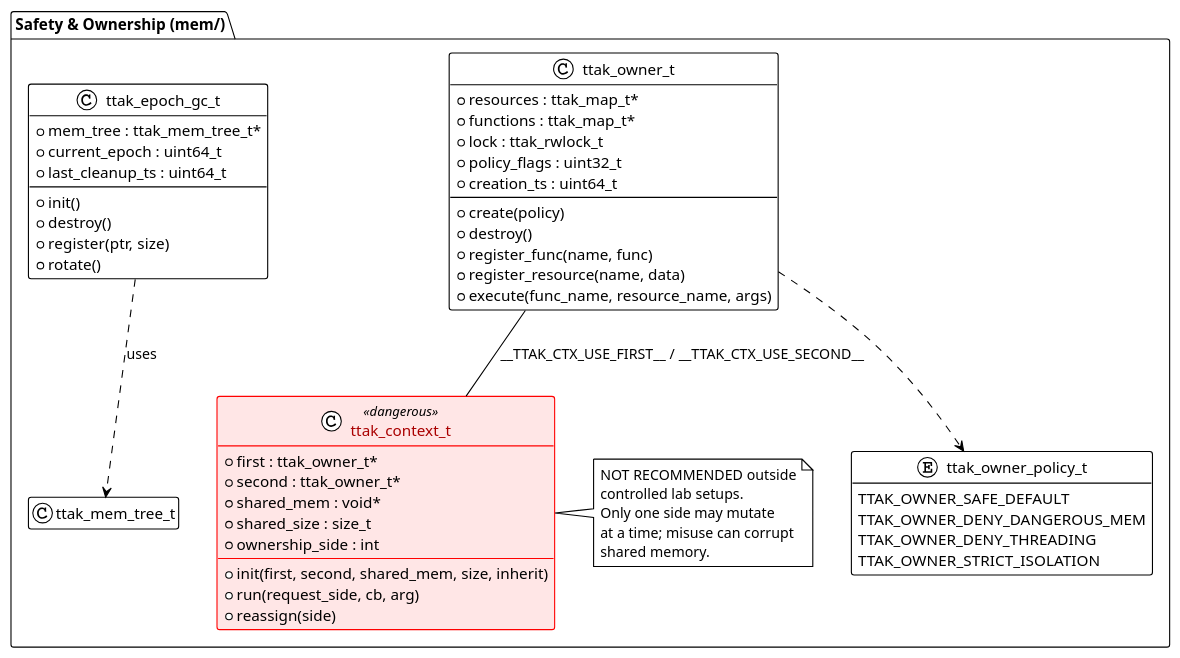
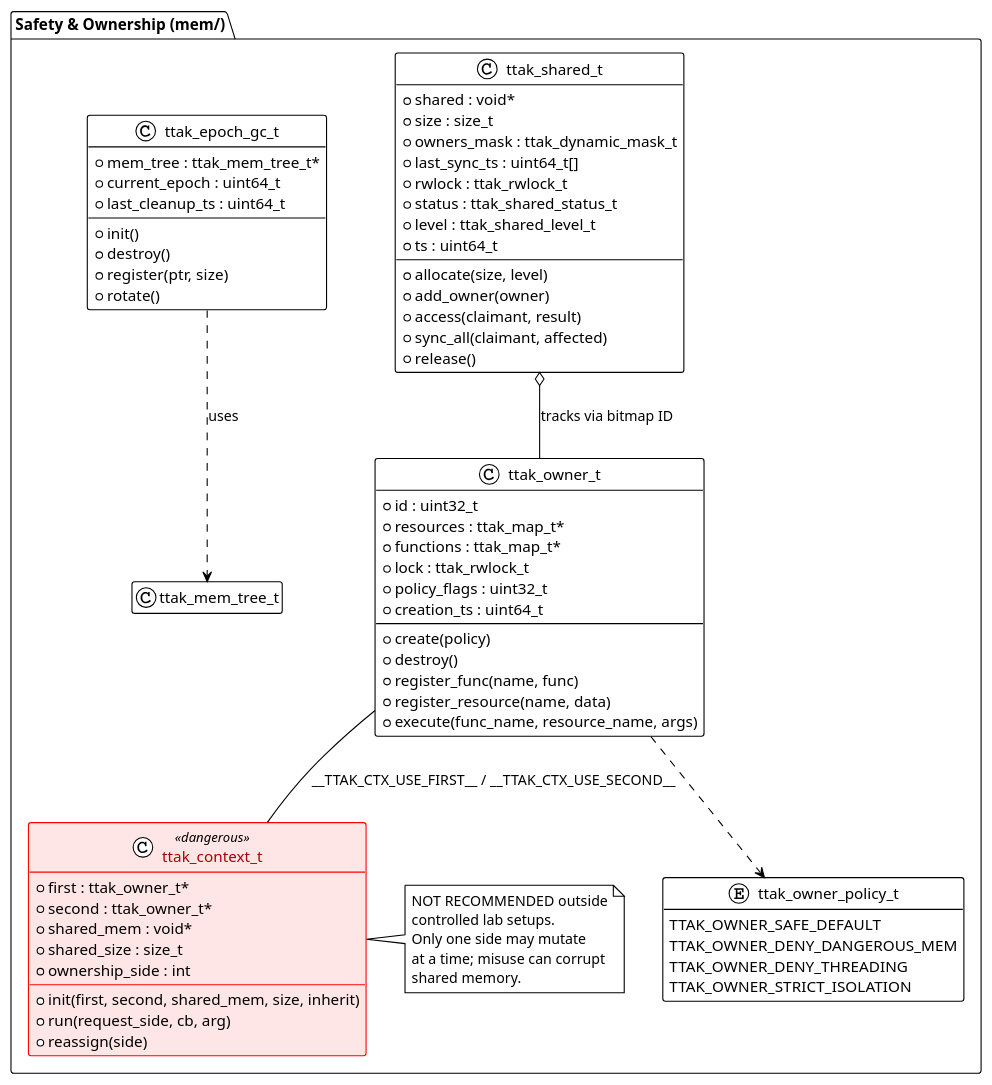
Before and after one commit to Religiya-Serdtsa/libttak: the diagram in blueprints/07_safety_and_ownership.puml, drawn with PlantUML. The commit also changed 20 other files, not shown here.

Commit message:
add ttak_shared_t

```diff
--- a/blueprints/07_safety_and_ownership.puml
+++ b/blueprints/07_safety_and_ownership.puml
@@ -1,69 +1,89 @@
 @startuml
 !theme plain
 hide empty members
 
 skinparam class<<dangerous>> {
     BackgroundColor #ffe6e6
     BorderColor red
     FontColor #a00
 }
 
 package "Safety & Ownership (mem/)" {
     class ttak_owner_t {
+        + id : uint32_t
         + resources : ttak_map_t*
         + functions : ttak_map_t*
         + lock : ttak_rwlock_t
         + policy_flags : uint32_t
         + creation_ts : uint64_t
         __
         + create(policy)
         + destroy()
         + register_func(name, func)
         + register_resource(name, data)
         + execute(func_name, resource_name, args)
     }
+
+    class ttak_shared_t {
+        + shared : void*
+        + size : size_t
+        + owners_mask : ttak_dynamic_mask_t
+        + last_sync_ts : uint64_t[]
+        + rwlock : ttak_rwlock_t
+        + status : ttak_shared_status_t
+        + level : ttak_shared_level_t
+        + ts : uint64_t
+        __
+        + allocate(size, level)
+        + add_owner(owner)
+        + access(claimant, result)
+        + sync_all(claimant, affected)
+        + release()
+    }
+
+    ttak_shared_t o-- ttak_owner_t : "tracks via bitmap ID"
 
     enum ttak_owner_policy_t {
         TTAK_OWNER_SAFE_DEFAULT
         TTAK_OWNER_DENY_DANGEROUS_MEM
         TTAK_OWNER_DENY_THREADING
         TTAK_OWNER_STRICT_ISOLATION
     }
 
     class ttak_epoch_gc_t {
         + mem_tree : ttak_mem_tree_t*
         + current_epoch : uint64_t
         + last_cleanup_ts : uint64_t
         __
         + init()
         + destroy()
         + register(ptr, size)
         + rotate()
     }
 
     ttak_owner_t ..> ttak_owner_policy_t
     ttak_epoch_gc_t ..> ttak_mem_tree_t : uses
 
     class ttak_context_t <<dangerous>> {
         + first : ttak_owner_t*
         + second : ttak_owner_t*
         + shared_mem : void*
         + shared_size : size_t
         + ownership_side : int
         __
         + init(first, second, shared_mem, size, inherit)
         + run(request_side, cb, arg)
         + reassign(side)
     }
 
     ttak_owner_t -- ttak_context_t : "__TTAK_CTX_USE_FIRST__ / __TTAK_CTX_USE_SECOND__"
 
     note right of ttak_context_t
         NOT RECOMMENDED outside
         controlled lab setups.
         Only one side may mutate
         at a time; misuse can corrupt
         shared memory.
     end note
 }
 @enduml
```
